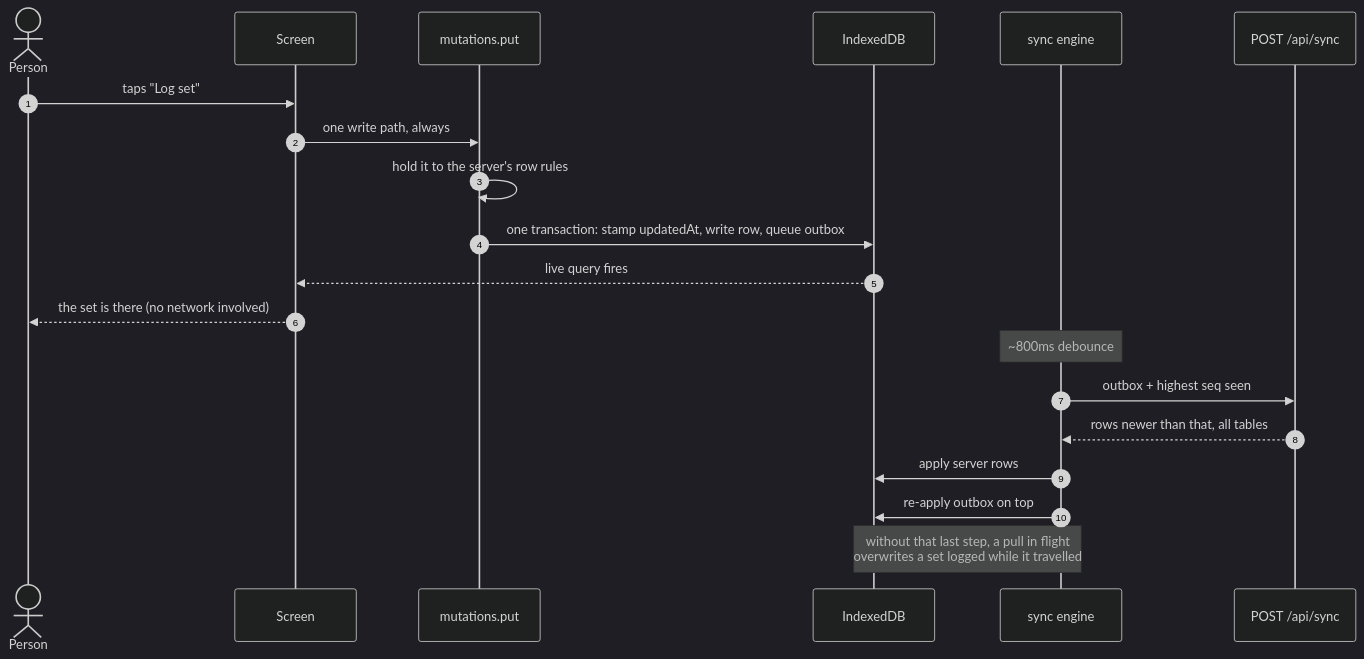
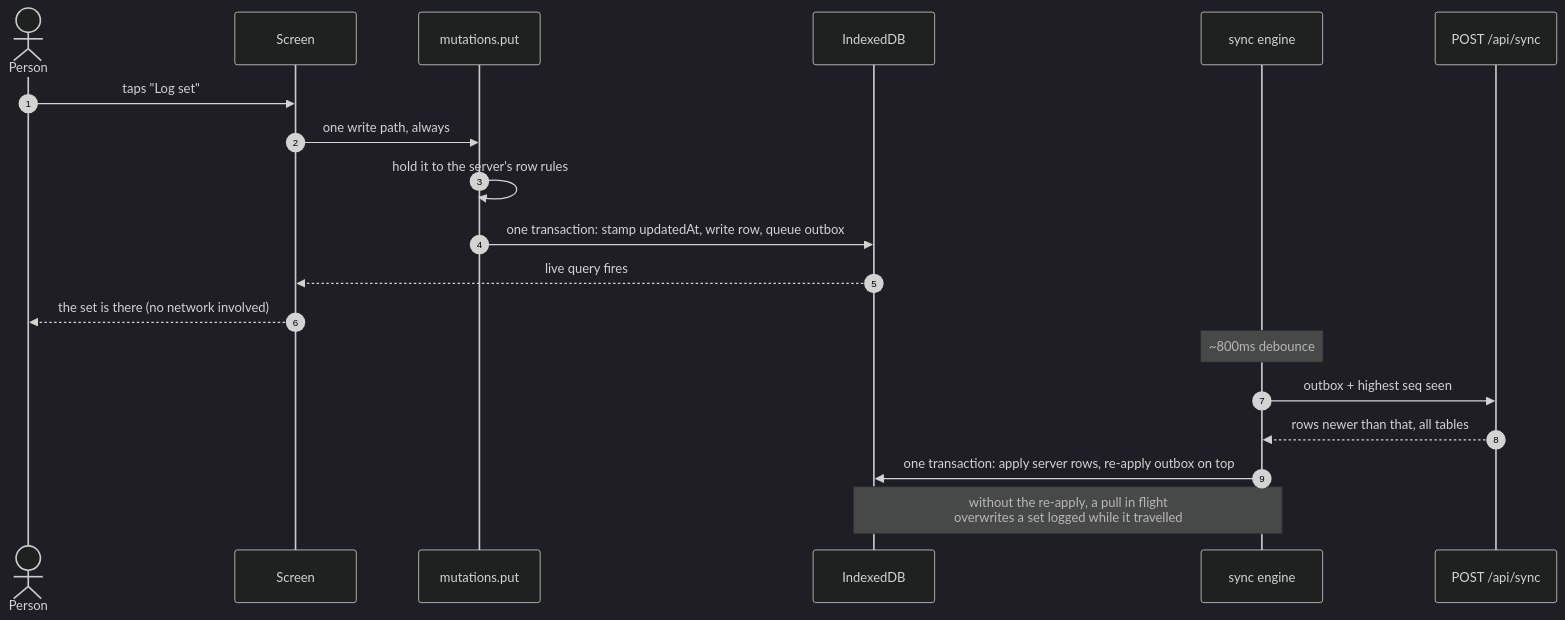
Before and after one commit to mark-balazs/gymmy: the third of 3 diagrams in docs/architecture.md, drawn with Mermaid (dark theme). The commit also changed other lines of this file and 6 other files, not shown here.

````diff
--- a/docs/architecture.md
+++ b/docs/architecture.md
@@ -92,23 +92,22 @@
 ```mermaid
 sequenceDiagram
     autonumber
     actor P as Person
     participant UI as Screen
     participant M as mutations.put
     participant L as IndexedDB
     participant S as sync engine
     participant API as POST /api/sync
 
     P->>UI: taps "Log set"
     UI->>M: one write path, always
     M->>M: hold it to the server's row rules
     M->>L: one transaction: stamp updatedAt, write row, queue outbox
     L-->>UI: live query fires
     UI-->>P: the set is there (no network involved)
     Note over S: ~800ms debounce
     S->>API: outbox + highest seq seen
     API-->>S: rows newer than that, all tables
-    S->>L: apply server rows
-    S->>L: re-apply outbox on top
-    Note over S,L: without that last step, a pull in flight<br/>overwrites a set logged while it travelled
+    S->>L: one transaction: apply server rows, re-apply outbox on top
+    Note over S,L: without the re-apply, a pull in flight<br/>overwrites a set logged while it travelled
 ```
````
